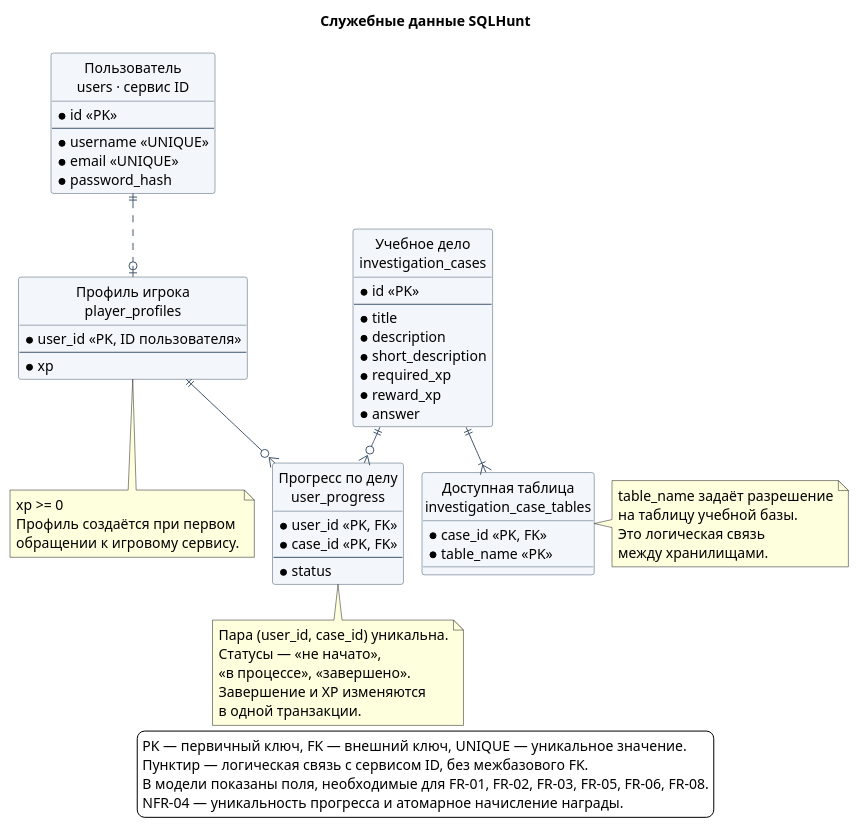
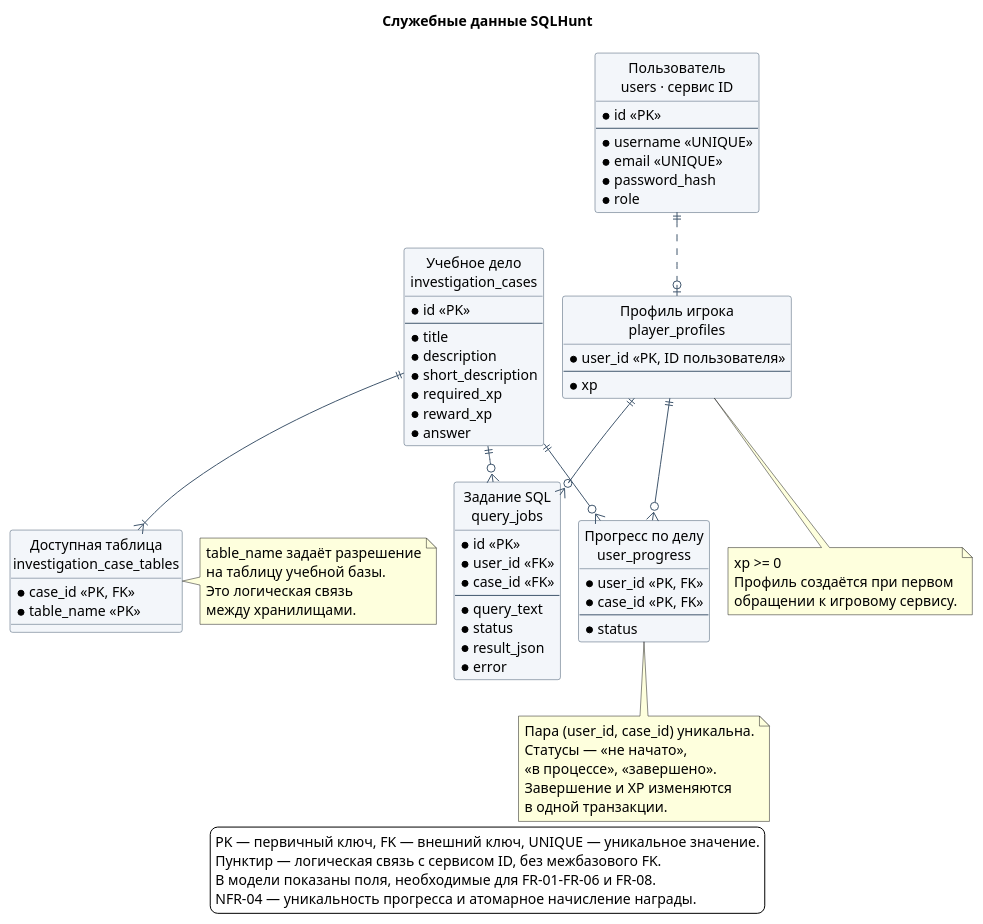
The diagram in assets/platform-data.puml (cicada-pops/vkr), drawn with PlantUML before and after one commit. The commit also changed 17 other files, not shown here.

```diff
--- a/assets/platform-data.puml
+++ b/assets/platform-data.puml
@@ -1,73 +1,86 @@
 @startuml
 !pragma layout smetana
 skinparam defaultFontName Arial
 skinparam defaultFontSize 14
 skinparam backgroundColor white
 skinparam shadowing false
 skinparam linetype ortho
 skinparam classBackgroundColor #F3F6FA
 skinparam classBorderColor #40566D
 skinparam ArrowColor #40566D
 hide circle
 title Служебные данные SQLHunt
 entity "Пользователь\nusers · сервис ID" as User {
   * id <<PK>>
   --
   * username <<UNIQUE>>
   * email <<UNIQUE>>
   * password_hash
+  * role
 }
 entity "Профиль игрока\nplayer_profiles" as Profile {
   * user_id <<PK, ID пользователя>>
   --
   * xp
 }
 entity "Прогресс по делу\nuser_progress" as Progress {
   * user_id <<PK, FK>>
   * case_id <<PK, FK>>
   --
   * status
 }
 entity "Учебное дело\ninvestigation_cases" as Case {
   * id <<PK>>
   --
   * title
   * description
   * short_description
   * required_xp
   * reward_xp
   * answer
 }
 entity "Доступная таблица\ninvestigation_case_tables" as Table {
   * case_id <<PK, FK>>
   * table_name <<PK>>
 }
+entity "Задание SQL\nquery_jobs" as Job {
+  * id <<PK>>
+  * user_id <<FK>>
+  * case_id <<FK>>
+  --
+  * query_text
+  * status
+  * result_json
+  * error
+}
 User ||..o| Profile
 Profile ||--o{ Progress
 Case ||--o{ Progress
 Case ||--|{ Table
+Profile ||--o{ Job
+Case ||--o{ Job
 note bottom of Profile
   xp >= 0
   Профиль создаётся при первом
   обращении к игровому сервису.
 end note
 note bottom of Progress
   Пара (user_id, case_id) уникальна.
   Статусы — «не начато»,
   «в процессе», «завершено».
   Завершение и XP изменяются
   в одной транзакции.
 end note
 note right of Table
   table_name задаёт разрешение
   на таблицу учебной базы.
   Это логическая связь
   между хранилищами.
 end note
 legend bottom
   PK — первичный ключ, FK — внешний ключ, UNIQUE — уникальное значение.
   Пунктир — логическая связь с сервисом ID, без межбазового FK.
-  В модели показаны поля, необходимые для FR-01, FR-02, FR-03, FR-05, FR-06, FR-08.
+  В модели показаны поля, необходимые для FR-01–FR-06 и FR-08.
   NFR-04 — уникальность прогресса и атомарное начисление награды.
 endlegend
 @enduml
```
